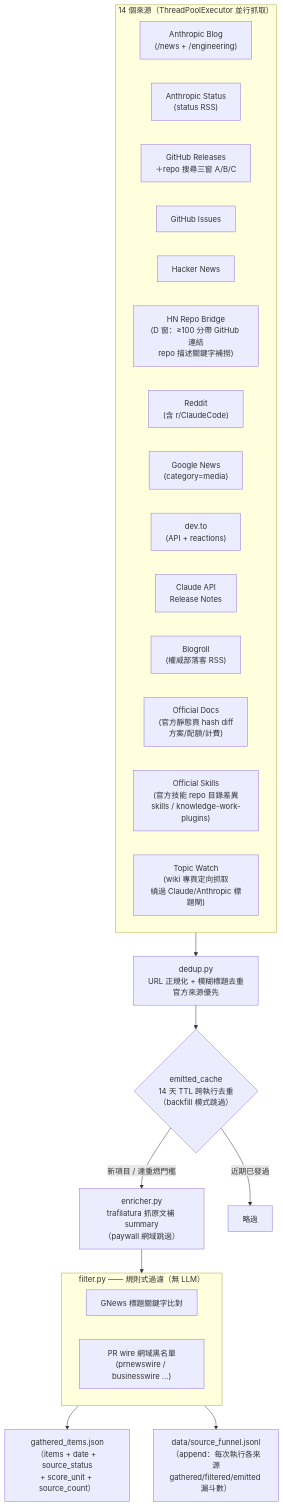
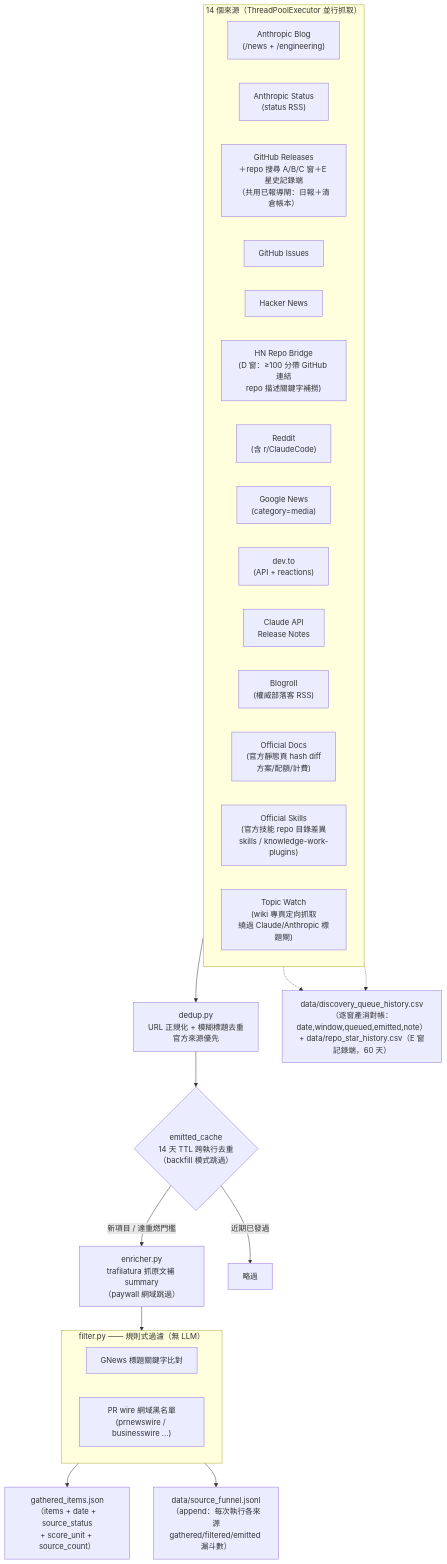
Before and after one commit to mandy82477/claude-news: the third of 9 diagrams in src/DesignDocument/Design Diagram.md, drawn with Mermaid. The commit also changed other lines of this file and 2 other files, not shown here.

````diff
--- a/src/DesignDocument/Design Diagram.md
+++ b/src/DesignDocument/Design Diagram.md
@@ -90,38 +90,41 @@
 ```mermaid
 flowchart TD
     subgraph SRC["14 個來源（ThreadPoolExecutor 並行抓取）"]
         direction LR
         S1["Anthropic Blog\n(/news + /engineering)"]
         S2["Anthropic Status\n(status RSS)"]
         S3["GitHub Releases
-＋repo 搜尋三窗 A/B/C"]
+＋repo 搜尋 A/B/C 窗＋E 星史記錄端
+（共用已報導閘：日報＋清倉帳本）"]
         S4["GitHub Issues"]
         S5["Hacker News"]
         S5b["HN Repo Bridge
 (D 窗：≥100 分帶 GitHub 連結
 repo 描述關鍵字補撈)"]
         S6["Reddit\n(含 r/ClaudeCode)"]
         S7["Google News\n(category=media)"]
         S8["dev.to\n(API + reactions)"]
         S9["Claude API\nRelease Notes"]
         S10["Blogroll\n(權威部落客 RSS)"]
         S11["Official Docs\n(官方靜態頁 hash diff\n方案/配額/計費)"]
         S12["Official Skills\n(官方技能 repo 目錄差異\nskills / knowledge-work-plugins)"]
         S13["Topic Watch\n(wiki 專頁定向抓取\n繞過 Claude/Anthropic 標題閘)"]
     end
 
     SRC --> DEDUP["dedup.py\nURL 正規化 + 模糊標題去重\n官方來源優先"]
     DEDUP --> CACHE{"emitted_cache\n14 天 TTL 跨執行去重\n（backfill 模式跳過）"}
     CACHE -->|新項目 / 達重燃門檻| ENRICH
     CACHE -->|近期已發過| DROP["略過"]
 
     ENRICH["enricher.py\ntrafilatura 抓原文補 summary\n（paywall 網域跳過）"] --> FILTER
 
     subgraph FILTER["filter.py —— 規則式過濾（無 LLM）"]
         F1["GNews 標題關鍵字比對"]
         F2["PR wire 網域黑名單\n(prnewswire / businesswire ...)"]
     end
 
     FILTER --> OUT["gathered_items.json\n（items + date + source_status\n+ score_unit + source_count）"]
     FILTER --> FUNNEL["data/source_funnel.jsonl\n（append：每次執行各來源\ngathered/filtered/emitted 漏斗數）"]
+    S3 -.-> DISC["data/discovery_queue_history.csv\n（逐窗產消對帳：date,window,queued,emitted,note）\n+ data/repo_star_history.csv（E 窗記錄端，60 天）"]
+    S5b -.-> DISC
 ```
````
